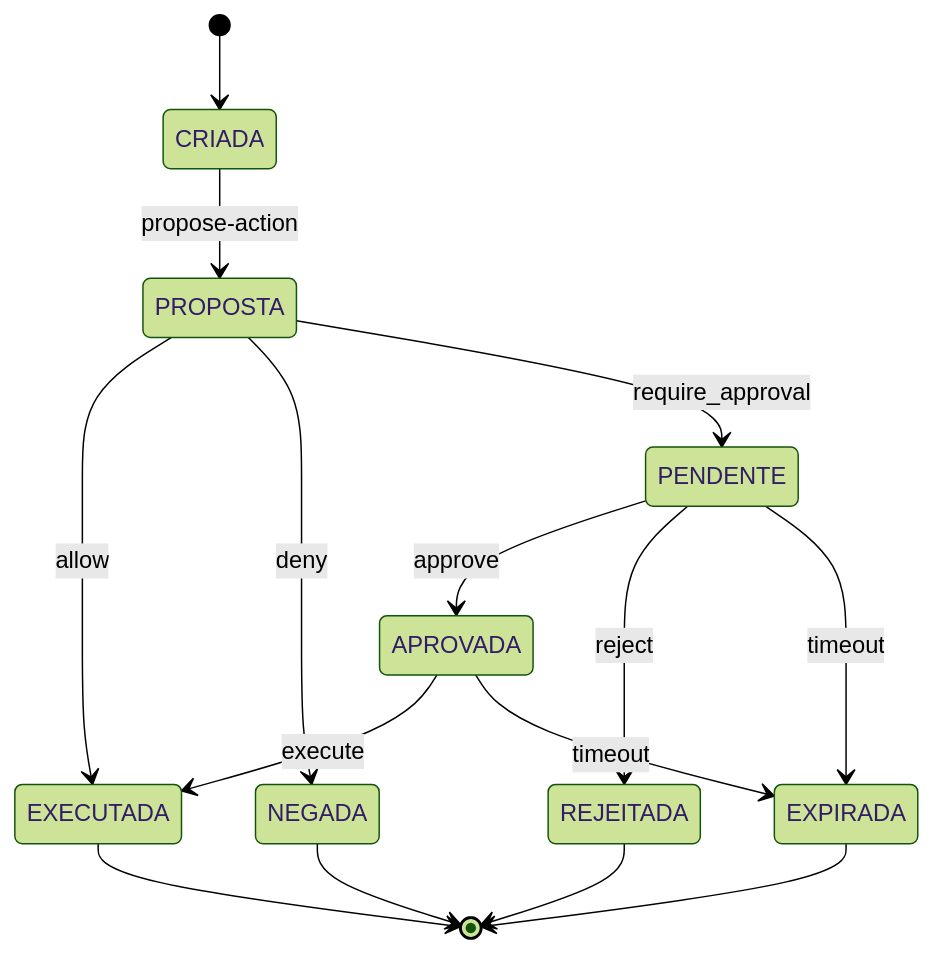
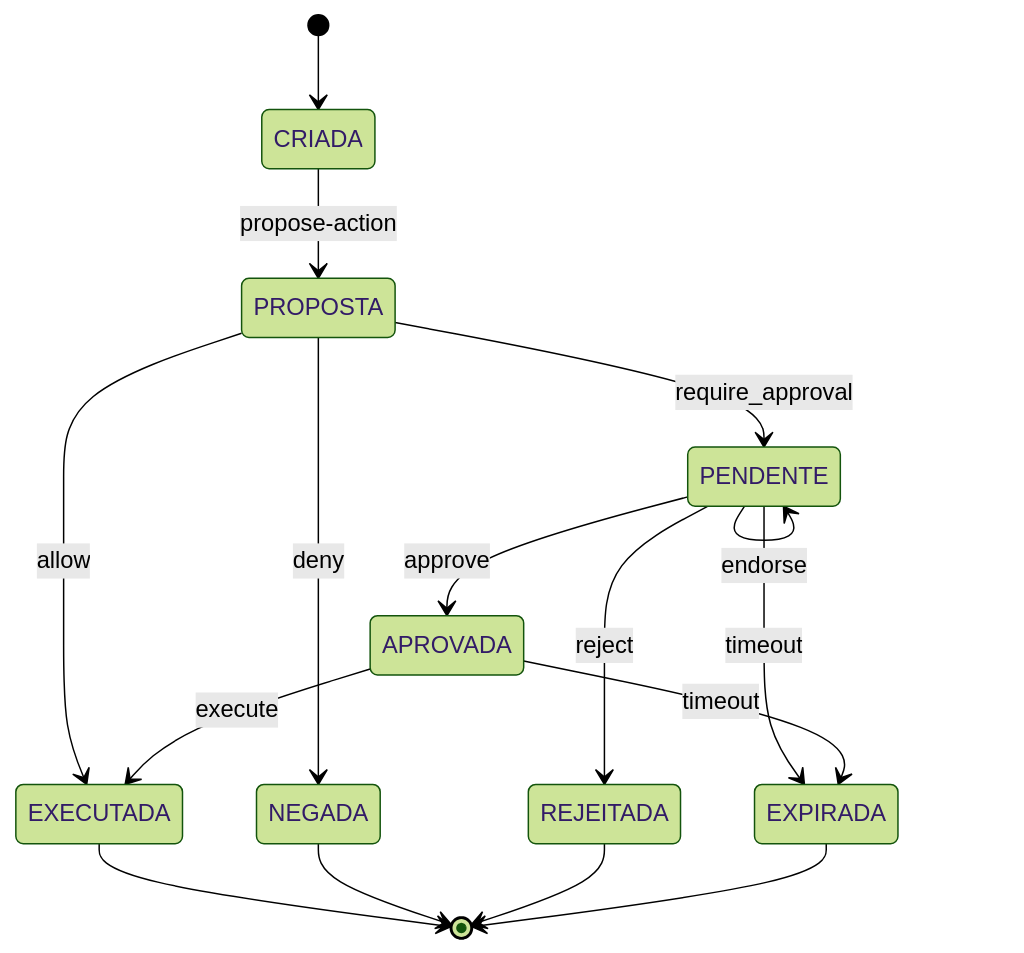
One commit to danrley-ribeiro/fin-dept-multiagents-project changed the diagram in entregas/dsm1/modelos-editaveis/protocols_fsm_PROT-APR.mmd. Above: the diagram before and after it, drawn with Mermaid (forest theme). The commit also changed 18 other files, not shown here.

```diff
--- a/entregas/dsm1/modelos-editaveis/protocols_fsm_PROT-APR.mmd
+++ b/entregas/dsm1/modelos-editaveis/protocols_fsm_PROT-APR.mmd
@@ -1,15 +1,16 @@
 stateDiagram-v2
     [*] --> CRIADA
     CRIADA --> PROPOSTA: propose-action
     PROPOSTA --> EXECUTADA: allow
     PROPOSTA --> NEGADA: deny
     PROPOSTA --> PENDENTE: require_approval
+    PENDENTE --> PENDENTE: endorse
     PENDENTE --> APROVADA: approve
     PENDENTE --> REJEITADA: reject
     PENDENTE --> EXPIRADA: timeout
     APROVADA --> EXECUTADA: execute
     APROVADA --> EXPIRADA: timeout
     EXECUTADA --> [*]
     NEGADA --> [*]
     REJEITADA --> [*]
     EXPIRADA --> [*]
```
